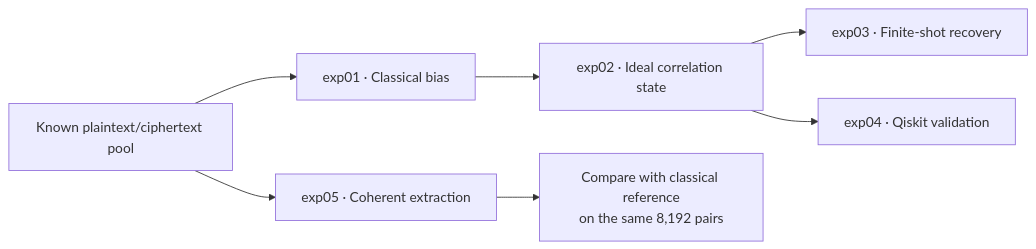
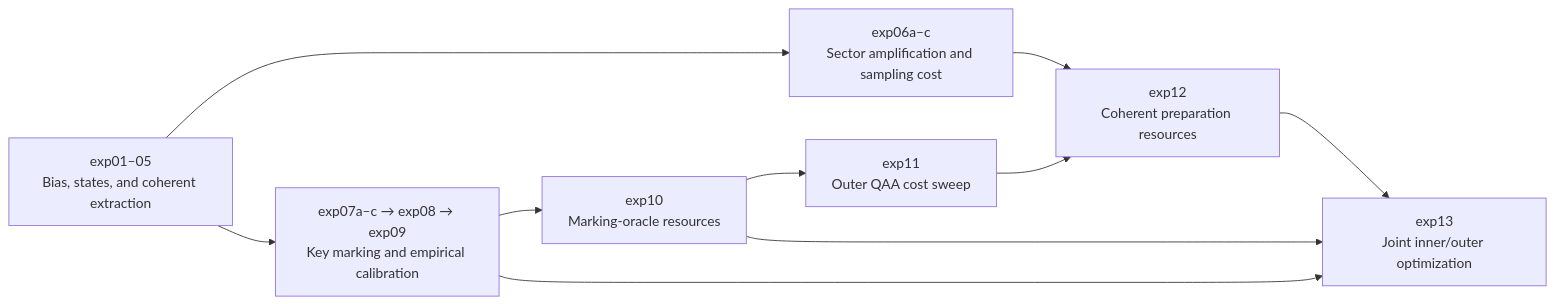
The diagram in README.md (DryophytesSuweonensis/quantum-correlation-cryptanalysis), drawn with Mermaid before and after one commit. The commit also changed other lines of this file, not shown here.

````diff
--- a/README.md
+++ b/README.md
@@ -27,9 +51,12 @@
 ```mermaid
 flowchart LR
-    D["Known plaintext/ciphertext pool"] --> E1["exp01 · Classical bias"]
-    E1 --> E2["exp02 · Ideal correlation state"]
-    E2 --> E3["exp03 · Finite-shot recovery"]
-    E2 --> E4["exp04 · Qiskit validation"]
-    D --> E5["exp05 · Coherent extraction"]
-    E5 --> C["Compare with classical reference<br/>on the same 8,192 pairs"]
+    F["exp01–05<br/>Bias, states, and coherent extraction"] --> A["exp06a–c<br/>Sector amplification and sampling cost"]
+    F --> V["exp07a–c → exp08 → exp09<br/>Key marking and empirical calibration"]
+    V --> O["exp10<br/>Marking-oracle resources"]
+    O --> Q["exp11<br/>Outer QAA cost sweep"]
+    A --> P["exp12<br/>Coherent preparation resources"]
+    Q --> P
+    P --> J["exp13<br/>Joint inner/outer optimization"]
+    O --> J
+    V --> J
 ```
````
